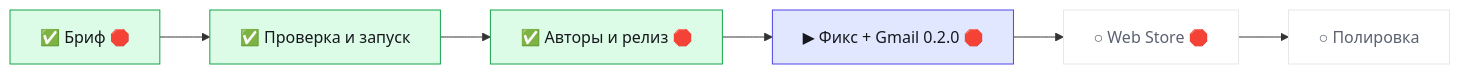
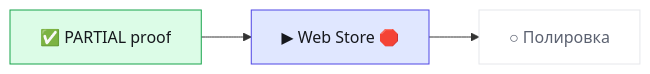
Before and after one commit to helpfulbriefl/topath-saver: the diagram in .bro/STATUS.md, drawn with Mermaid. The commit also changed other lines of this file and 52 other files, not shown here.

````diff
--- a/.bro/STATUS.md
+++ b/.bro/STATUS.md
@@ -8,20 +8,14 @@
 ```mermaid
 flowchart LR
-  n0["✅ Бриф 🛑"]:::done
-  n1["✅ Проверка и запуск"]:::done
+  n0["✅ PARTIAL proof"]:::done
+  n1["▶ Web Store 🛑"]:::run
   n0 --> n1
-  n2["✅ Авторы и релиз 🛑"]:::done
+  n2["○ Полировка"]:::todo
   n1 --> n2
-  n3["▶ Фикс + Gmail 0.2.0 🛑"]:::run
-  n2 --> n3
-  n4["○ Web Store 🛑"]:::todo
-  n3 --> n4
-  n5["○ Полировка"]:::todo
-  n4 --> n5
   classDef done fill:#DCFCE7,stroke:#16A34A,color:#16181D
   classDef run fill:#E0E7FF,stroke:#4F46E5,color:#16181D
   classDef wait fill:#FEF3C7,stroke:#D97706,color:#16181D
   classDef todo fill:#FFFFFF,stroke:#E6E7EB,color:#5B6170
   classDef pause fill:#F3F4F6,stroke:#9CA3AF,color:#5B6170
   classDef frozen fill:#F3F4F6,stroke:#9CA3AF,color:#5B6170
 ```
````
